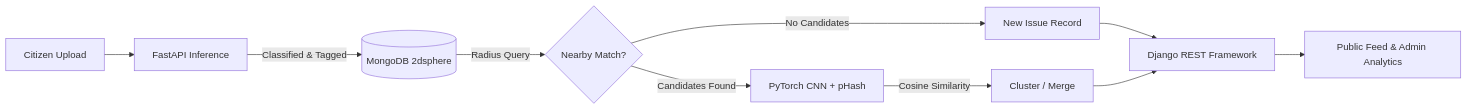
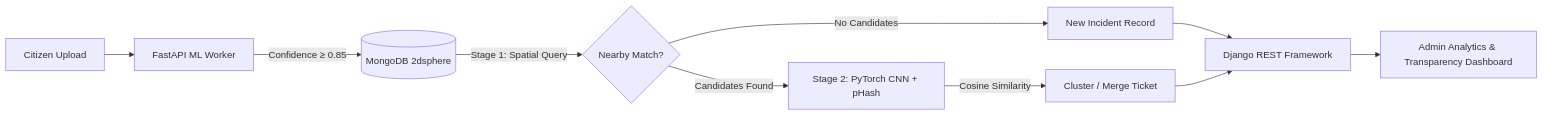
Before and after one commit to Tanish1808/Tanish1808: the diagram in README.md, drawn with Mermaid. The commit also changed other lines of this file and 1 other file, not shown here.

````diff
--- a/README.md
+++ b/README.md
@@ -21,12 +137,12 @@
 ```mermaid
 flowchart LR
-    A[Citizen Upload] --> B[FastAPI Inference]
-    B -->|Classified & Tagged| C[(MongoDB 2dsphere)]
-    C -->|Radius Query| D{Nearby Match?}
-    D -->|No Candidates| E[New Issue Record]
-    D -->|Candidates Found| F[PyTorch CNN + pHash]
-    F -->|Cosine Similarity| G[Cluster / Merge]
+    A[Citizen Upload] --> B[FastAPI ML Worker]
+    B -->|Confidence ≥ 0.85| C[(MongoDB 2dsphere)]
+    C -->|Stage 1: Spatial Query| D{Nearby Match?}
+    D -->|No Candidates| E[New Incident Record]
+    D -->|Candidates Found| F[Stage 2: PyTorch CNN + pHash]
+    F -->|Cosine Similarity| G[Cluster / Merge Ticket]
     E --> H[Django REST Framework]
     G --> H
-    H --> I[Public Feed & Admin Analytics]
+    H --> I[Admin Analytics & Transparency Dashboard]
 ```
````
